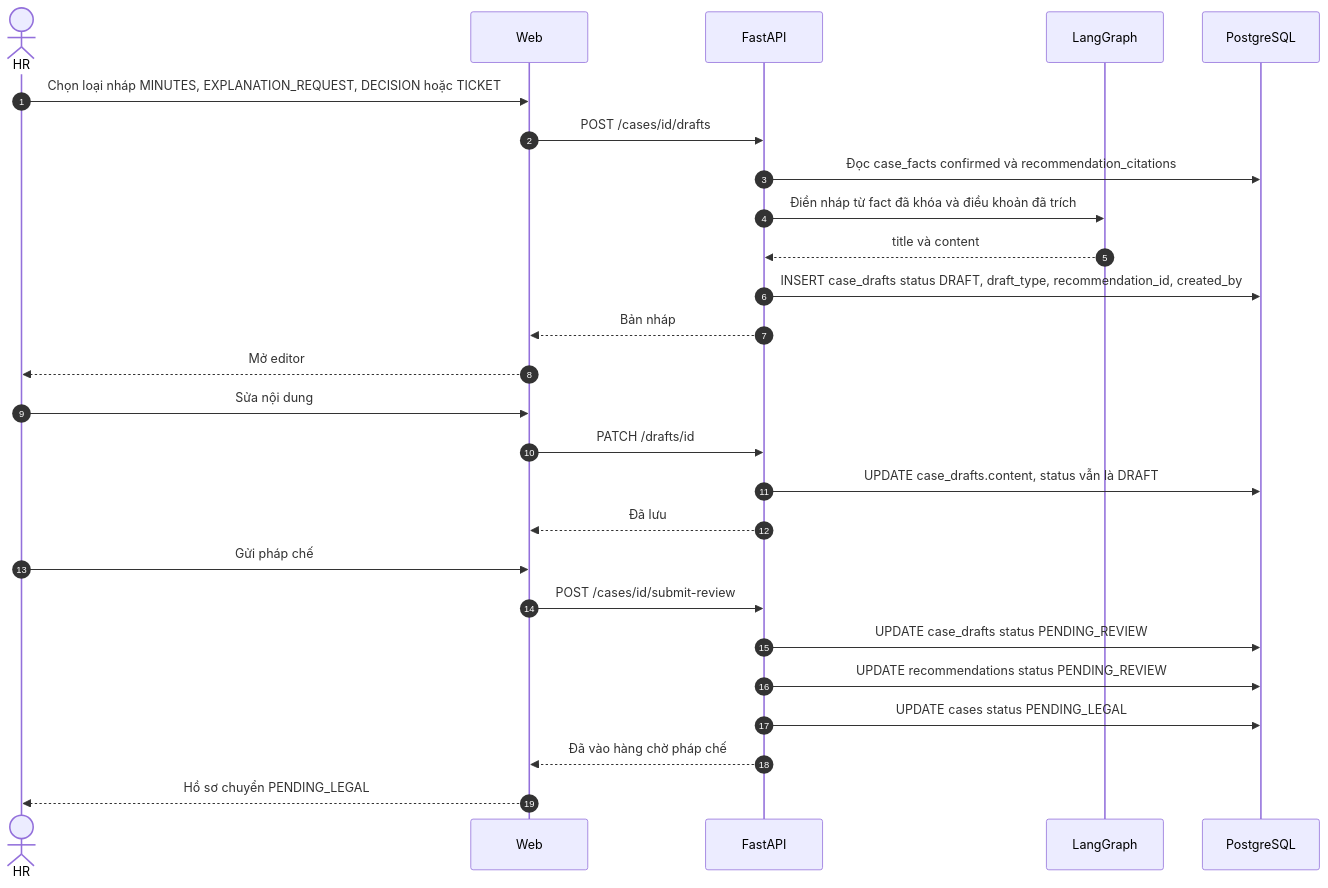
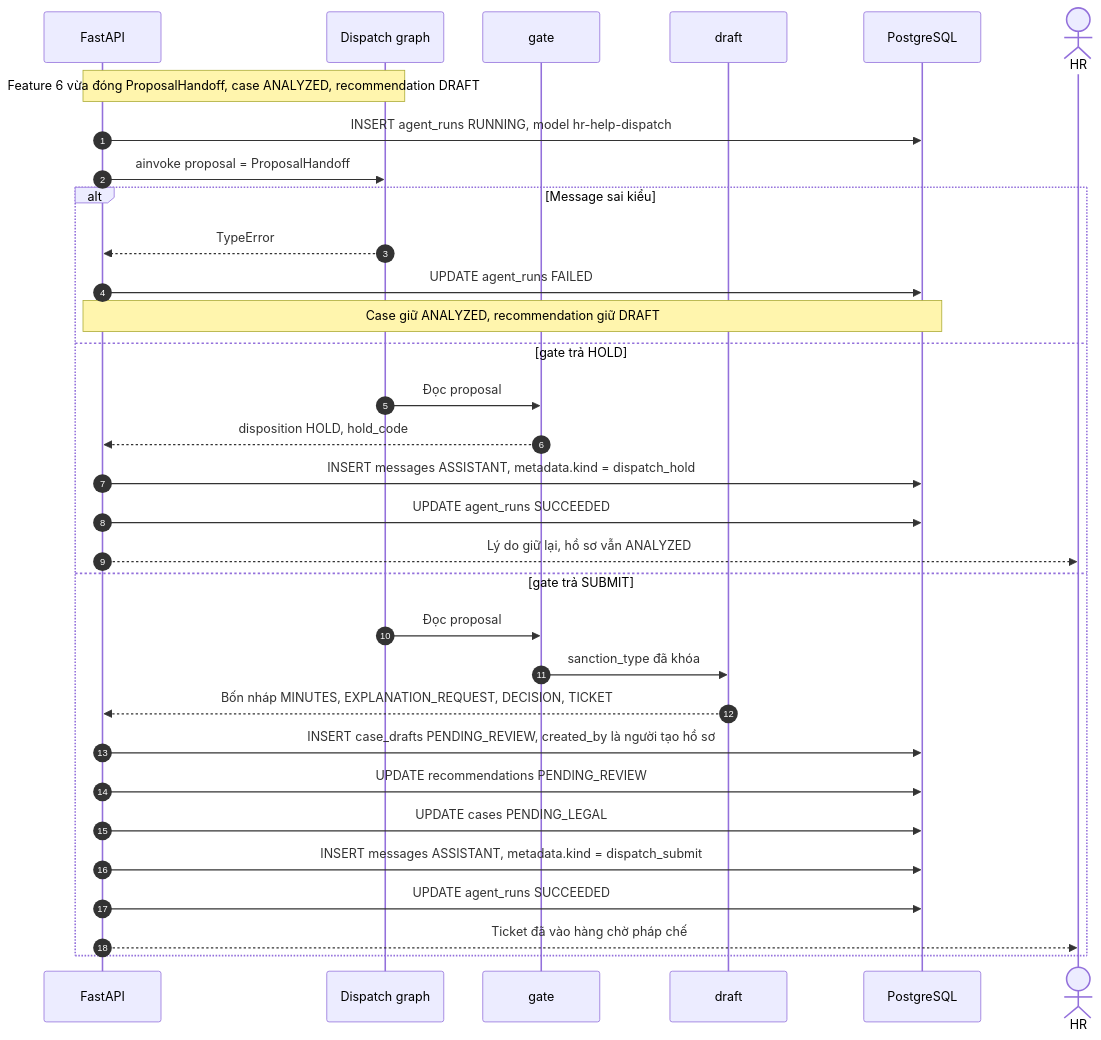
One commit to Tuan-Nguyen-Minhh/HRHelp changed the ninth of 15 diagrams in docs/features/features.md. Above: the diagram before and after it, drawn with Mermaid. The commit also changed other lines of this file and 20 other files, not shown here.

Commit message:
feat(proposal): Enhance proposal handling with new draft and dispatch logic

````diff
--- a/docs/features/features.md
+++ b/docs/features/features.md
@@ -484,31 +549,35 @@
 ```mermaid
 sequenceDiagram
     autonumber
+    participant API as FastAPI
+    participant DG as Dispatch graph
+    participant GT as gate
+    participant DR as draft
+    participant DB as PostgreSQL
     actor HR as HR
-    participant UI as Web
-    participant API as FastAPI
-    participant AG as LangGraph
-    participant DB as PostgreSQL
 
-    HR->>UI: Chọn loại nháp MINUTES, EXPLANATION_REQUEST, DECISION hoặc TICKET
-    UI->>API: POST /cases/id/drafts
-    API->>DB: Đọc case_facts confirmed và recommendation_citations
-    API->>AG: Điền nháp từ fact đã khóa và điều khoản đã trích
-    AG-->>API: title và content
-    API->>DB: INSERT case_drafts status DRAFT, draft_type, recommendation_id, created_by
-    API-->>UI: Bản nháp
-    UI-->>HR: Mở editor
-
-    HR->>UI: Sửa nội dung
-    UI->>API: PATCH /drafts/id
-    API->>DB: UPDATE case_drafts.content, status vẫn là DRAFT
-    API-->>UI: Đã lưu
-
-    HR->>UI: Gửi pháp chế
-    UI->>API: POST /cases/id/submit-review
-    API->>DB: UPDATE case_drafts status PENDING_REVIEW
-    API->>DB: UPDATE recommendations status PENDING_REVIEW
-    API->>DB: UPDATE cases status PENDING_LEGAL
-    API-->>UI: Đã vào hàng chờ pháp chế
-    UI-->>HR: Hồ sơ chuyển PENDING_LEGAL
+    Note over API,DG: Feature 6 vừa đóng ProposalHandoff, case ANALYZED, recommendation DRAFT
+    API->>DB: INSERT agent_runs RUNNING, model hr-help-dispatch
+    API->>DG: ainvoke proposal = ProposalHandoff
+    alt Message sai kiểu
+        DG-->>API: TypeError
+        API->>DB: UPDATE agent_runs FAILED
+        Note over API,DB: Case giữ ANALYZED, recommendation giữ DRAFT
+    else gate trả HOLD
+        DG->>GT: Đọc proposal
+        GT-->>API: disposition HOLD, hold_code
+        API->>DB: INSERT messages ASSISTANT, metadata.kind = dispatch_hold
+        API->>DB: UPDATE agent_runs SUCCEEDED
+        API-->>HR: Lý do giữ lại, hồ sơ vẫn ANALYZED
+    else gate trả SUBMIT
+        DG->>GT: Đọc proposal
+        GT->>DR: sanction_type đã khóa
+        DR-->>API: Bốn nháp MINUTES, EXPLANATION_REQUEST, DECISION, TICKET
+        API->>DB: INSERT case_drafts PENDING_REVIEW, created_by là người tạo hồ sơ
+        API->>DB: UPDATE recommendations PENDING_REVIEW
+        API->>DB: UPDATE cases PENDING_LEGAL
+        API->>DB: INSERT messages ASSISTANT, metadata.kind = dispatch_submit
+        API->>DB: UPDATE agent_runs SUCCEEDED
+        API-->>HR: Ticket đã vào hàng chờ pháp chế
+    end
 ```
````
